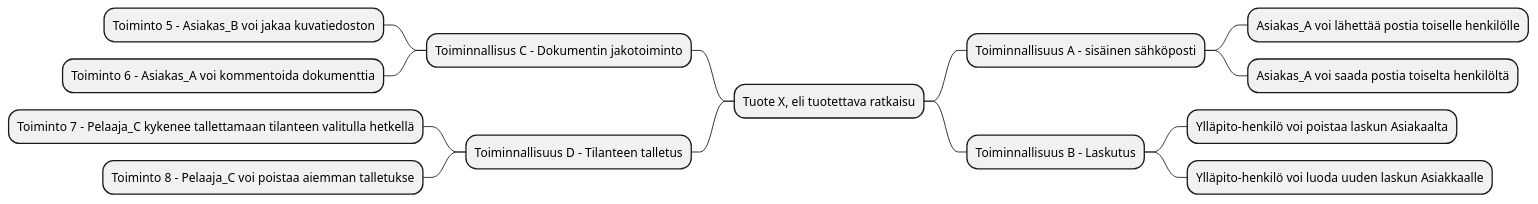
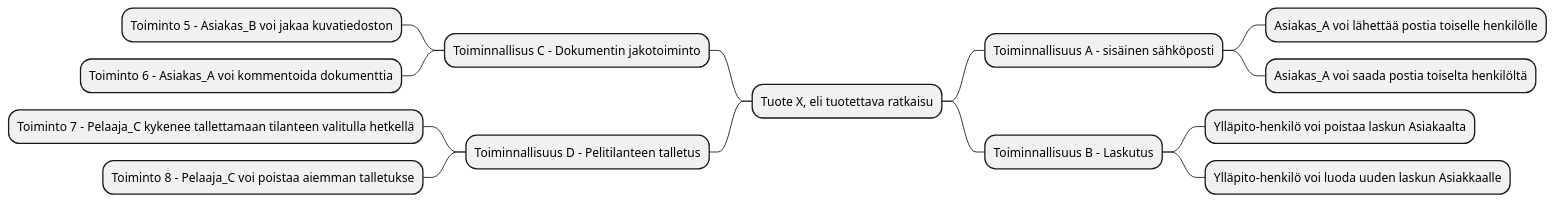
The fourth of 6 diagrams in dokumentit/20-Vaatimustenhallinta/vaatimusmaaritely-tiivis.md (ninaleo/ransut-core), drawn with PlantUML before and after one commit. The commit also changed other lines of this file, not shown here.

````diff
--- a/dokumentit/20-Vaatimustenhallinta/vaatimusmaaritely-tiivis.md
+++ b/dokumentit/20-Vaatimustenhallinta/vaatimusmaaritely-tiivis.md
@@ -183,17 +183,17 @@
 ```plantuml
 @startmindmap
 + Tuote X, eli tuotettava ratkaisu
 ++ Toiminnallisuus A - sisäinen sähköposti
 +++ Asiakas_A voi lähettää postia toiselle henkilölle
 +++ Asiakas_A voi saada postia toiselta henkilöltä
 ++ Toiminnallisuus B - Laskutus
 +++ Ylläpito-henkilö voi poistaa laskun Asiakaalta
 +++ Ylläpito-henkilö voi luoda uuden laskun Asiakkaalle
 -- Toiminnallisus C - Dokumentin jakotoiminto
 --- Toiminto 5 - Asiakas_B voi jakaa kuvatiedoston
 --- Toiminto 6 - Asiakas_A voi kommentoida dokumenttia
--- Toiminnallisuus D - Tilanteen talletus
+-- Toiminnallisuus D - Pelitilanteen talletus
 --- Toiminto 7 - Pelaaja_C kykenee tallettamaan tilanteen valitulla hetkellä
 --- Toiminto 8 - Pelaaja_C voi poistaa aiemman talletukse
 @endmindmap
 ```
````
